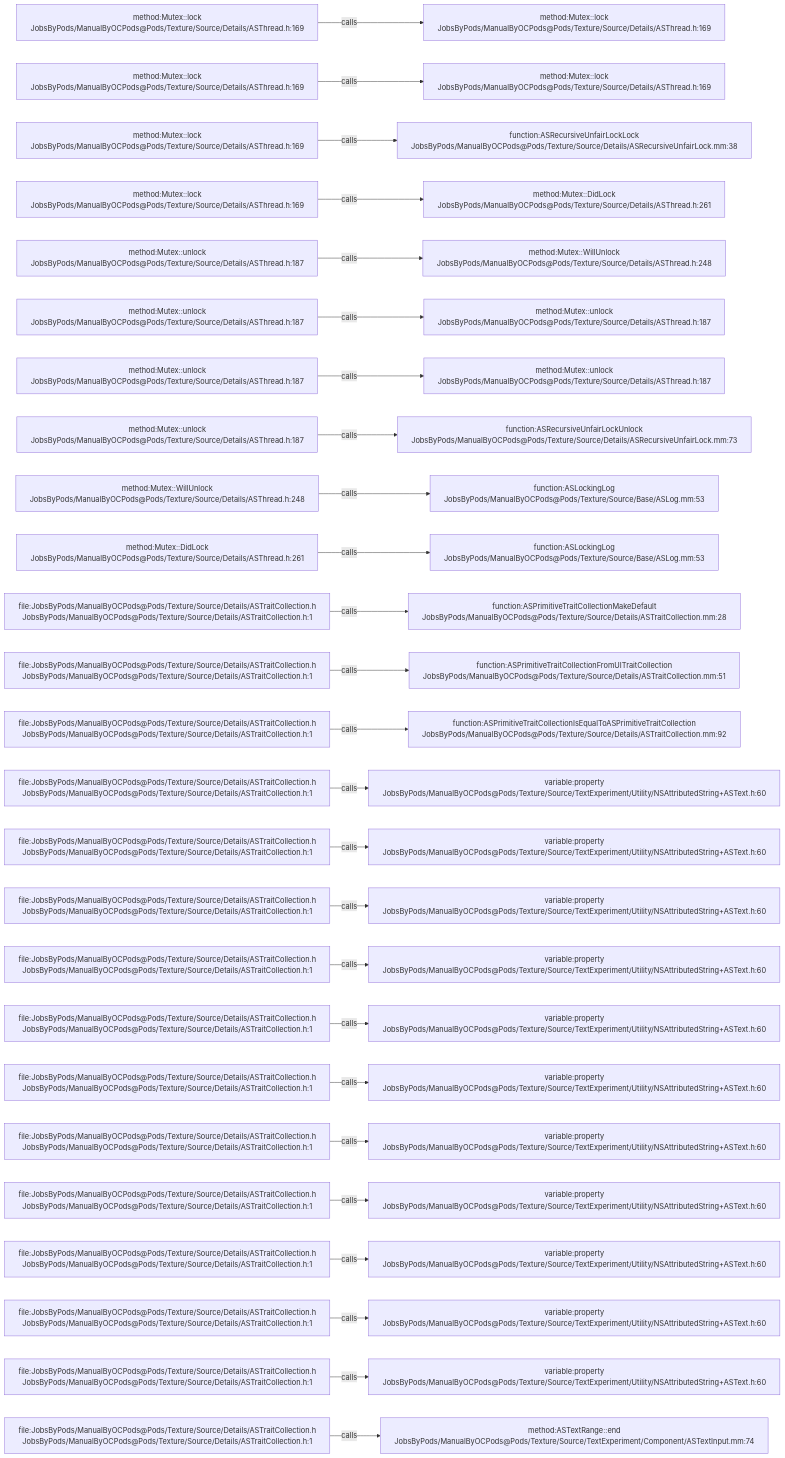
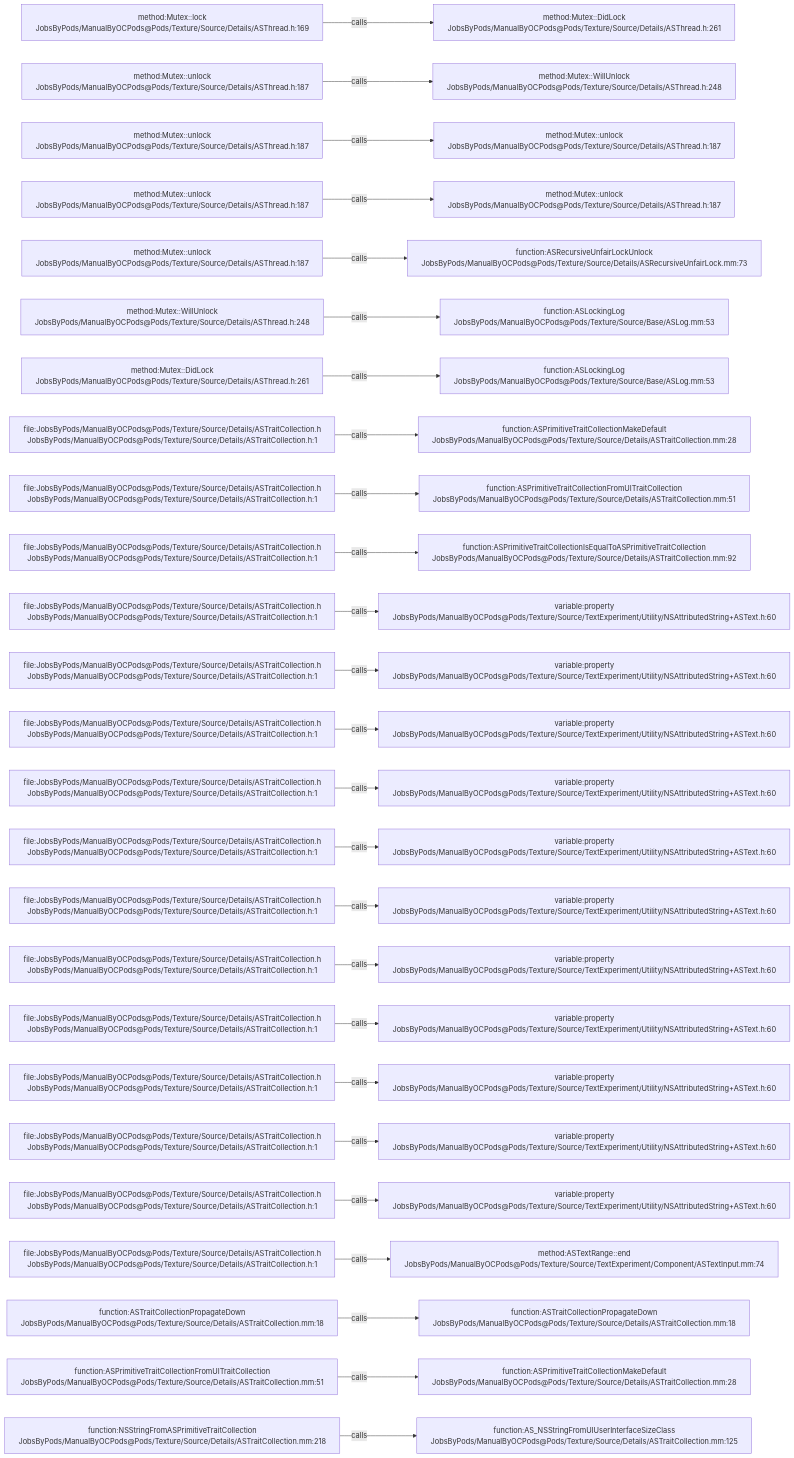
Before and after one commit to JobsKits/JobsOCBaseConfigDemo: the diagram in .codegraph/codegraph.md/graphs/calls-168.md, drawn with Mermaid. The commit also changed 342 other files, not shown here.

````diff
--- a/.codegraph/codegraph.md/graphs/calls-168.md
+++ b/.codegraph/codegraph.md/graphs/calls-168.md
@@ -13,78 +13,78 @@
 ```mermaid
 flowchart LR
   S1["method:Mutex::lock<br/>JobsByPods/ManualByOCPods@Pods/Texture/Source/Details/ASThread.h:169"]
-  T1["method:Mutex::lock<br/>JobsByPods/ManualByOCPods@Pods/Texture/Source/Details/ASThread.h:169"]
+  T1["method:Mutex::DidLock<br/>JobsByPods/ManualByOCPods@Pods/Texture/Source/Details/ASThread.h:261"]
   S1 -->|calls| T1
-  S2["method:Mutex::lock<br/>JobsByPods/ManualByOCPods@Pods/Texture/Source/Details/ASThread.h:169"]
-  T2["method:Mutex::lock<br/>JobsByPods/ManualByOCPods@Pods/Texture/Source/Details/ASThread.h:169"]
+  S2["method:Mutex::unlock<br/>JobsByPods/ManualByOCPods@Pods/Texture/Source/Details/ASThread.h:187"]
+  T2["method:Mutex::WillUnlock<br/>JobsByPods/ManualByOCPods@Pods/Texture/Source/Details/ASThread.h:248"]
   S2 -->|calls| T2
-  S3["method:Mutex::lock<br/>JobsByPods/ManualByOCPods@Pods/Texture/Source/Details/ASThread.h:169"]
-  T3["function:ASRecursiveUnfairLockLock<br/>JobsByPods/ManualByOCPods@Pods/Texture/Source/Details/ASRecursiveUnfairLock.mm:38"]
+  S3["method:Mutex::unlock<br/>JobsByPods/ManualByOCPods@Pods/Texture/Source/Details/ASThread.h:187"]
+  T3["method:Mutex::unlock<br/>JobsByPods/ManualByOCPods@Pods/Texture/Source/Details/ASThread.h:187"]
   S3 -->|calls| T3
-  S4["method:Mutex::lock<br/>JobsByPods/ManualByOCPods@Pods/Texture/Source/Details/ASThread.h:169"]
-  T4["method:Mutex::DidLock<br/>JobsByPods/ManualByOCPods@Pods/Texture/Source/Details/ASThread.h:261"]
+  S4["method:Mutex::unlock<br/>JobsByPods/ManualByOCPods@Pods/Texture/Source/Details/ASThread.h:187"]
+  T4["method:Mutex::unlock<br/>JobsByPods/ManualByOCPods@Pods/Texture/Source/Details/ASThread.h:187"]
   S4 -->|calls| T4
   S5["method:Mutex::unlock<br/>JobsByPods/ManualByOCPods@Pods/Texture/Source/Details/ASThread.h:187"]
-  T5["method:Mutex::WillUnlock<br/>JobsByPods/ManualByOCPods@Pods/Texture/Source/Details/ASThread.h:248"]
+  T5["function:ASRecursiveUnfairLockUnlock<br/>JobsByPods/ManualByOCPods@Pods/Texture/Source/Details/ASRecursiveUnfairLock.mm:73"]
   S5 -->|calls| T5
-  S6["method:Mutex::unlock<br/>JobsByPods/ManualByOCPods@Pods/Texture/Source/Details/ASThread.h:187"]
-  T6["method:Mutex::unlock<br/>JobsByPods/ManualByOCPods@Pods/Texture/Source/Details/ASThread.h:187"]
+  S6["method:Mutex::WillUnlock<br/>JobsByPods/ManualByOCPods@Pods/Texture/Source/Details/ASThread.h:248"]
+  T6["function:ASLockingLog<br/>JobsByPods/ManualByOCPods@Pods/Texture/Source/Base/ASLog.mm:53"]
   S6 -->|calls| T6
-  S7["method:Mutex::unlock<br/>JobsByPods/ManualByOCPods@Pods/Texture/Source/Details/ASThread.h:187"]
-  T7["method:Mutex::unlock<br/>JobsByPods/ManualByOCPods@Pods/Texture/Source/Details/ASThread.h:187"]
+  S7["method:Mutex::DidLock<br/>JobsByPods/ManualByOCPods@Pods/Texture/Source/Details/ASThread.h:261"]
+  T7["function:ASLockingLog<br/>JobsByPods/ManualByOCPods@Pods/Texture/Source/Base/ASLog.mm:53"]
   S7 -->|calls| T7
-  S8["method:Mutex::unlock<br/>JobsByPods/ManualByOCPods@Pods/Texture/Source/Details/ASThread.h:187"]
-  T8["function:ASRecursiveUnfairLockUnlock<br/>JobsByPods/ManualByOCPods@Pods/Texture/Source/Details/ASRecursiveUnfairLock.mm:73"]
+  S8["file:JobsByPods/ManualByOCPods@Pods/Texture/Source/Details/ASTraitCollection.h<br/>JobsByPods/ManualByOCPods@Pods/Texture/Source/Details/ASTraitCollection.h:1"]
+  T8["function:ASPrimitiveTraitCollectionMakeDefault<br/>JobsByPods/ManualByOCPods@Pods/Texture/Source/Details/ASTraitCollection.mm:28"]
   S8 -->|calls| T8
-  S9["method:Mutex::WillUnlock<br/>JobsByPods/ManualByOCPods@Pods/Texture/Source/Details/ASThread.h:248"]
-  T9["function:ASLockingLog<br/>JobsByPods/ManualByOCPods@Pods/Texture/Source/Base/ASLog.mm:53"]
+  S9["file:JobsByPods/ManualByOCPods@Pods/Texture/Source/Details/ASTraitCollection.h<br/>JobsByPods/ManualByOCPods@Pods/Texture/Source/Details/ASTraitCollection.h:1"]
+  T9["function:ASPrimitiveTraitCollectionFromUITraitCollection<br/>JobsByPods/ManualByOCPods@Pods/Texture/Source/Details/ASTraitCollection.mm:51"]
   S9 -->|calls| T9
-  S10["method:Mutex::DidLock<br/>JobsByPods/ManualByOCPods@Pods/Texture/Source/Details/ASThread.h:261"]
-  T10["function:ASLockingLog<br/>JobsByPods/ManualByOCPods@Pods/Texture/Source/Base/ASLog.mm:53"]
+  S10["file:JobsByPods/ManualByOCPods@Pods/Texture/Source/Details/ASTraitCollection.h<br/>JobsByPods/ManualByOCPods@Pods/Texture/Source/Details/ASTraitCollection.h:1"]
+  T10["function:ASPrimitiveTraitCollectionIsEqualToASPrimitiveTraitCollection<br/>JobsByPods/ManualByOCPods@Pods/Texture/Source/Details/ASTraitCollection.mm:92"]
   S10 -->|calls| T10
   S11["file:JobsByPods/ManualByOCPods@Pods/Texture/Source/Details/ASTraitCollection.h<br/>JobsByPods/ManualByOCPods@Pods/Texture/Source/Details/ASTraitCollection.h:1"]
-  T11["function:ASPrimitiveTraitCollectionMakeDefault<br/>JobsByPods/ManualByOCPods@Pods/Texture/Source/Details/ASTraitCollection.mm:28"]
+  T11["variable:property<br/>JobsByPods/ManualByOCPods@Pods/Texture/Source/TextExperiment/Utility/NSAttributedString+ASText.h:60"]
   S11 -->|calls| T11
   S12["file:JobsByPods/ManualByOCPods@Pods/Texture/Source/Details/ASTraitCollection.h<br/>JobsByPods/ManualByOCPods@Pods/Texture/Source/Details/ASTraitCollection.h:1"]
-  T12["function:ASPrimitiveTraitCollectionFromUITraitCollection<br/>JobsByPods/ManualByOCPods@Pods/Texture/Source/Details/ASTraitCollection.mm:51"]
+  T12["variable:property<br/>JobsByPods/ManualByOCPods@Pods/Texture/Source/TextExperiment/Utility/NSAttributedString+ASText.h:60"]
   S12 -->|calls| T12
   S13["file:JobsByPods/ManualByOCPods@Pods/Texture/Source/Details/ASTraitCollection.h<br/>JobsByPods/ManualByOCPods@Pods/Texture/Source/Details/ASTraitCollection.h:1"]
-  T13["function:ASPrimitiveTraitCollectionIsEqualToASPrimitiveTraitCollection<br/>JobsByPods/ManualByOCPods@Pods/Texture/Source/Details/ASTraitCollection.mm:92"]
+  T13["variable:property<br/>JobsByPods/ManualByOCPods@Pods/Texture/Source/TextExperiment/Utility/NSAttributedString+ASText.h:60"]
   S13 -->|calls| T13
   S14["file:JobsByPods/ManualByOCPods@Pods/Texture/Source/Details/ASTraitCollection.h<br/>JobsByPods/ManualByOCPods@Pods/Texture/Source/Details/ASTraitCollection.h:1"]
   T14["variable:property<br/>JobsByPods/ManualByOCPods@Pods/Texture/Source/TextExperiment/Utility/NSAttributedString+ASText.h:60"]
   S14 -->|calls| T14
   S15["file:JobsByPods/ManualByOCPods@Pods/Texture/Source/Details/ASTraitCollection.h<br/>JobsByPods/ManualByOCPods@Pods/Texture/Source/Details/ASTraitCollection.h:1"]
   T15["variable:property<br/>JobsByPods/ManualByOCPods@Pods/Texture/Source/TextExperiment/Utility/NSAttributedString+ASText.h:60"]
   S15 -->|calls| T15
   S16["file:JobsByPods/ManualByOCPods@Pods/Texture/Source/Details/ASTraitCollection.h<br/>JobsByPods/ManualByOCPods@Pods/Texture/Source/Details/ASTraitCollection.h:1"]
   T16["variable:property<br/>JobsByPods/ManualByOCPods@Pods/Texture/Source/TextExperiment/Utility/NSAttributedString+ASText.h:60"]
   S16 -->|calls| T16
   S17["file:JobsByPods/ManualByOCPods@Pods/Texture/Source/Details/ASTraitCollection.h<br/>JobsByPods/ManualByOCPods@Pods/Texture/Source/Details/ASTraitCollection.h:1"]
   T17["variable:property<br/>JobsByPods/ManualByOCPods@Pods/Texture/Source/TextExperiment/Utility/NSAttributedString+ASText.h:60"]
   S17 -->|calls| T17
   S18["file:JobsByPods/ManualByOCPods@Pods/Texture/Source/Details/ASTraitCollection.h<br/>JobsByPods/ManualByOCPods@Pods/Texture/Source/Details/ASTraitCollection.h:1"]
   T18["variable:property<br/>JobsByPods/ManualByOCPods@Pods/Texture/Source/TextExperiment/Utility/NSAttributedString+ASText.h:60"]
   S18 -->|calls| T18
   S19["file:JobsByPods/ManualByOCPods@Pods/Texture/Source/Details/ASTraitCollection.h<br/>JobsByPods/ManualByOCPods@Pods/Texture/Source/Details/ASTraitCollection.h:1"]
   T19["variable:property<br/>JobsByPods/ManualByOCPods@Pods/Texture/Source/TextExperiment/Utility/NSAttributedString+ASText.h:60"]
   S19 -->|calls| T19
   S20["file:JobsByPods/ManualByOCPods@Pods/Texture/Source/Details/ASTraitCollection.h<br/>JobsByPods/ManualByOCPods@Pods/Texture/Source/Details/ASTraitCollection.h:1"]
   T20["variable:property<br/>JobsByPods/ManualByOCPods@Pods/Texture/Source/TextExperiment/Utility/NSAttributedString+ASText.h:60"]
   S20 -->|calls| T20
   S21["file:JobsByPods/ManualByOCPods@Pods/Texture/Source/Details/ASTraitCollection.h<br/>JobsByPods/ManualByOCPods@Pods/Texture/Source/Details/ASTraitCollection.h:1"]
   T21["variable:property<br/>JobsByPods/ManualByOCPods@Pods/Texture/Source/TextExperiment/Utility/NSAttributedString+ASText.h:60"]
   S21 -->|calls| T21
   S22["file:JobsByPods/ManualByOCPods@Pods/Texture/Source/Details/ASTraitCollection.h<br/>JobsByPods/ManualByOCPods@Pods/Texture/Source/Details/ASTraitCollection.h:1"]
-  T22["variable:property<br/>JobsByPods/ManualByOCPods@Pods/Texture/Source/TextExperiment/Utility/NSAttributedString+ASText.h:60"]
+  T22["method:ASTextRange::end<br/>JobsByPods/ManualByOCPods@Pods/Texture/Source/TextExperiment/Component/ASTextInput.mm:74"]
   S22 -->|calls| T22
-  S23["file:JobsByPods/ManualByOCPods@Pods/Texture/Source/Details/ASTraitCollection.h<br/>JobsByPods/ManualByOCPods@Pods/Texture/Source/Details/ASTraitCollection.h:1"]
-  T23["variable:property<br/>JobsByPods/ManualByOCPods@Pods/Texture/Source/TextExperiment/Utility/NSAttributedString+ASText.h:60"]
+  S23["function:ASTraitCollectionPropagateDown<br/>JobsByPods/ManualByOCPods@Pods/Texture/Source/Details/ASTraitCollection.mm:18"]
+  T23["function:ASTraitCollectionPropagateDown<br/>JobsByPods/ManualByOCPods@Pods/Texture/Source/Details/ASTraitCollection.mm:18"]
   S23 -->|calls| T23
-  S24["file:JobsByPods/ManualByOCPods@Pods/Texture/Source/Details/ASTraitCollection.h<br/>JobsByPods/ManualByOCPods@Pods/Texture/Source/Details/ASTraitCollection.h:1"]
-  T24["variable:property<br/>JobsByPods/ManualByOCPods@Pods/Texture/Source/TextExperiment/Utility/NSAttributedString+ASText.h:60"]
+  S24["function:ASPrimitiveTraitCollectionFromUITraitCollection<br/>JobsByPods/ManualByOCPods@Pods/Texture/Source/Details/ASTraitCollection.mm:51"]
+  T24["function:ASPrimitiveTraitCollectionMakeDefault<br/>JobsByPods/ManualByOCPods@Pods/Texture/Source/Details/ASTraitCollection.mm:28"]
   S24 -->|calls| T24
-  S25["file:JobsByPods/ManualByOCPods@Pods/Texture/Source/Details/ASTraitCollection.h<br/>JobsByPods/ManualByOCPods@Pods/Texture/Source/Details/ASTraitCollection.h:1"]
-  T25["method:ASTextRange::end<br/>JobsByPods/ManualByOCPods@Pods/Texture/Source/TextExperiment/Component/ASTextInput.mm:74"]
+  S25["function:NSStringFromASPrimitiveTraitCollection<br/>JobsByPods/ManualByOCPods@Pods/Texture/Source/Details/ASTraitCollection.mm:218"]
+  T25["function:AS_NSStringFromUIUserInterfaceSizeClass<br/>JobsByPods/ManualByOCPods@Pods/Texture/Source/Details/ASTraitCollection.mm:125"]
   S25 -->|calls| T25
 ```
````
